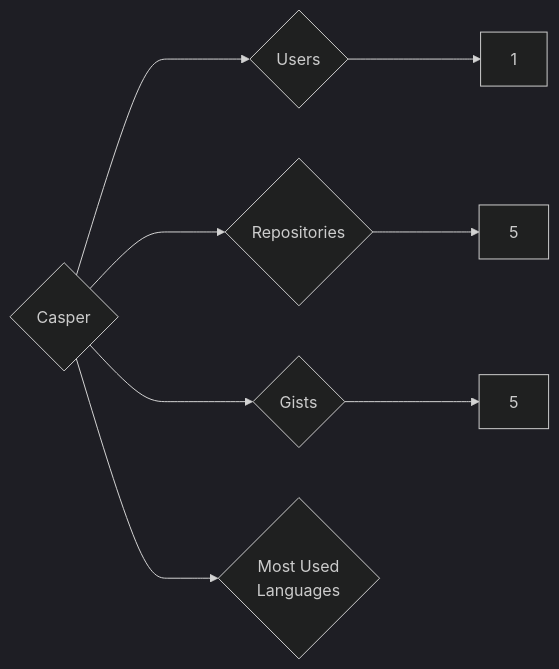
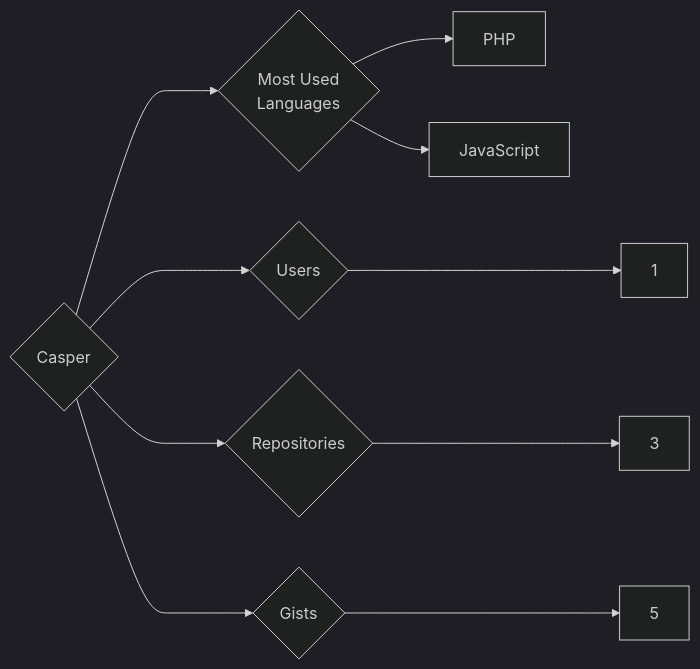
Before and after one commit to trickest/insiders: the diagram in targets/Casper/README.md, drawn with Mermaid (dark theme). The commit also changed 1092 other files, not shown here.

````diff
--- a/targets/Casper/README.md
+++ b/targets/Casper/README.md
@@ -3,8 +3,10 @@
 ```mermaid
 graph LR
 COMPANY_NAME{Casper}
 COMPANY_NAME ---> U{Users} ---> UN[1]
-COMPANY_NAME ---> R{Repositories} ---> RN[5]
+COMPANY_NAME ---> R{Repositories} ---> RN[3]
 COMPANY_NAME ---> G{Gists} ---> GN[5]
 COMPANY_NAME ---> ML{Most Used<br>Languages}
+ML --> PHP[PHP]
+ML --> JavaScript[JavaScript]
 ```
````
